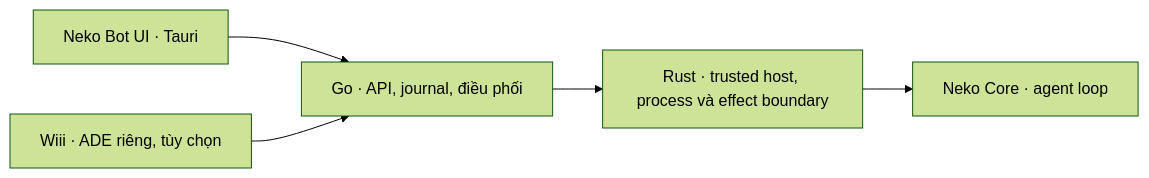
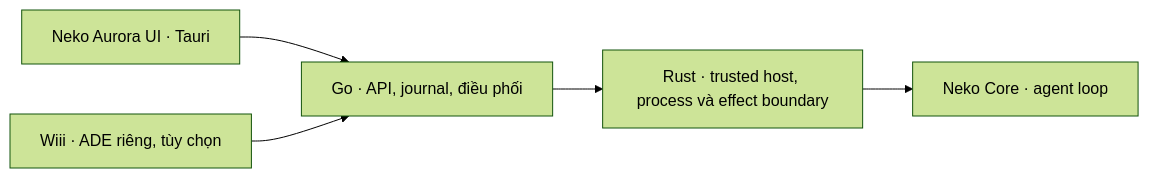
Before and after one commit to meiiie/neko-aurora: the diagram in README.md, drawn with Mermaid (forest theme). The commit also changed other lines of this file and 297 other files, not shown here.

Commit message:
Neko Aurora: rename (module, binary, /app/ with /duet redirect, AURORA_* env with DUET_* fallback) + design system (aurora.css tokens, light/dark/gold/blue, Be Vietnam Pro/Noto Serif Display/JetBrains Mono woff2 subsets, Lucide icons ISC, PWA icons from mark, haptics) + notices

````diff
--- a/README.md
+++ b/README.md
@@ -31,7 +31,7 @@
 ```mermaid
 flowchart LR
-    UI["Neko Bot UI · Tauri"] --> Go["Go · API, journal, điều phối"]
+    UI["Neko Aurora UI · Tauri"] --> Go["Go · API, journal, điều phối"]
     Go --> Host["Rust · trusted host, process và effect boundary"]
     Host --> Core["Neko Core · agent loop"]
     Wiii["Wiii · ADE riêng, tùy chọn"] --> Go
 ```
````
